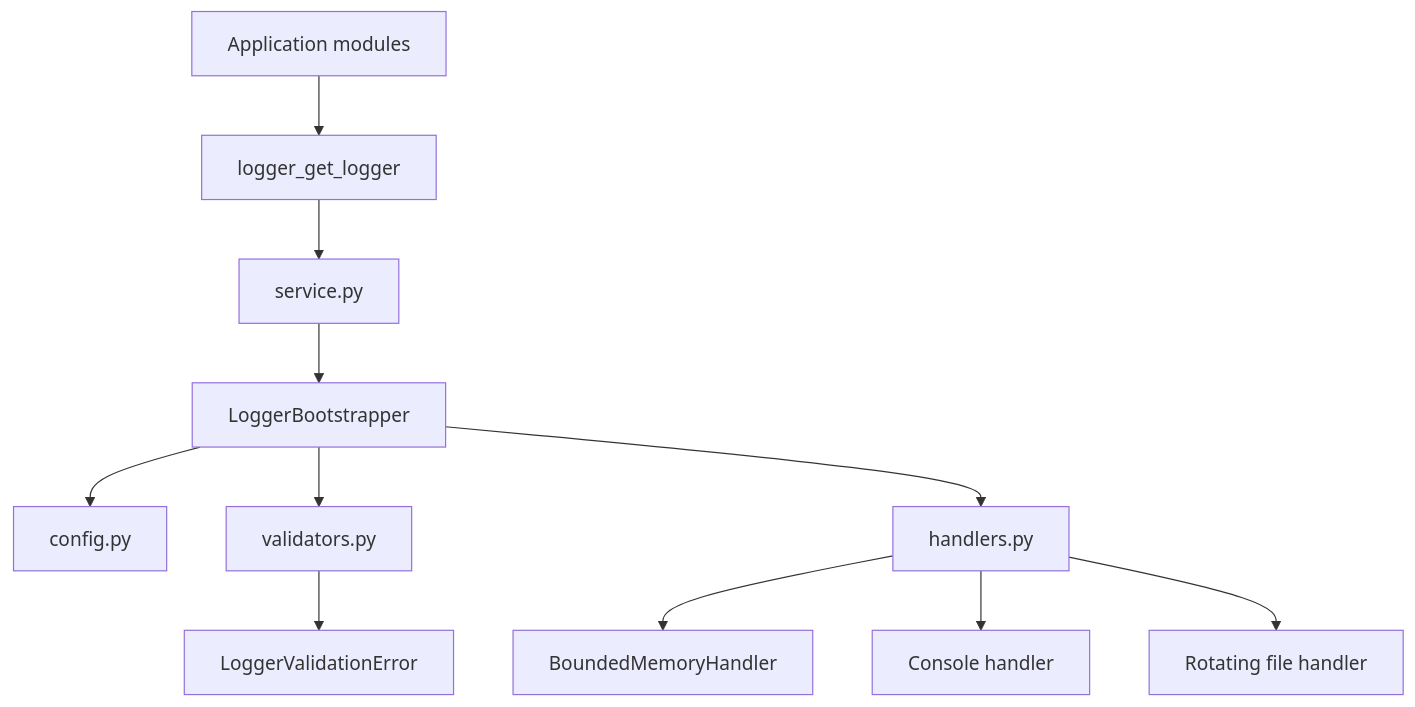
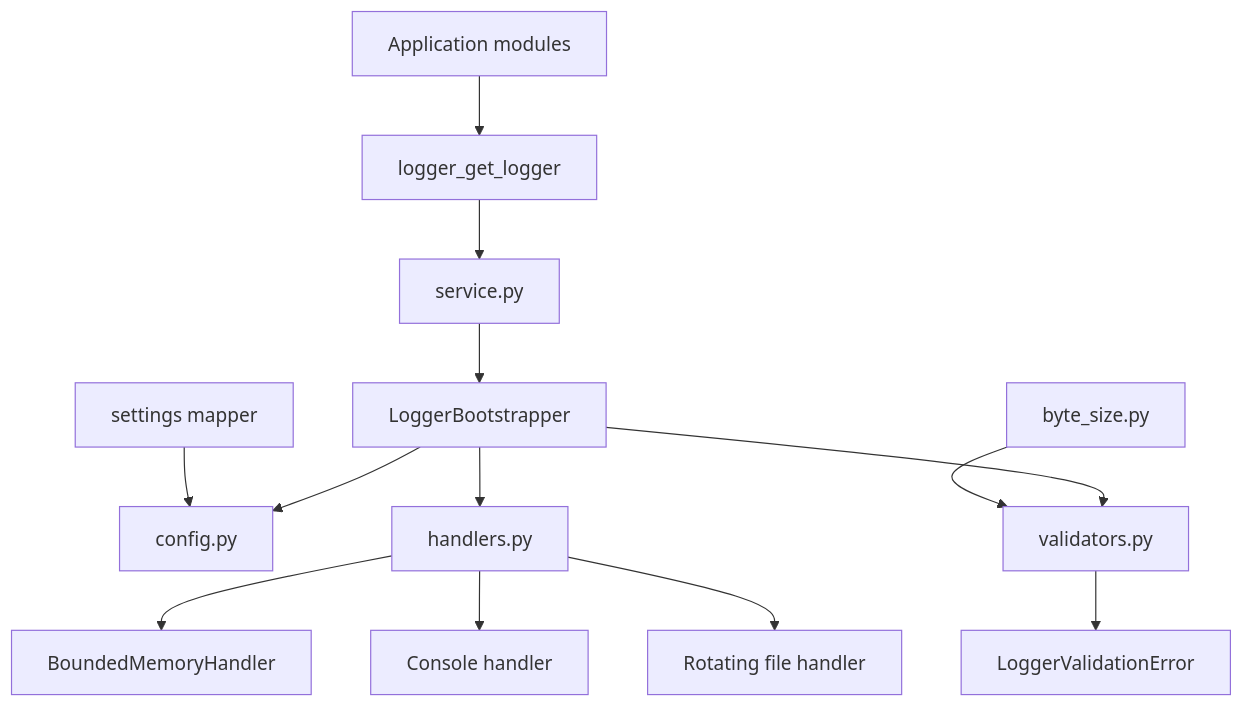
One commit to Fonze81/NiceGui-Windows-Base changed the first of 2 diagrams in docs/logging.md. Above: the diagram before and after it, drawn with Mermaid. The commit also changed other lines of this file and 15 other files, not shown here.

````diff
--- a/docs/logging.md
+++ b/docs/logging.md
@@ -63,13 +64,15 @@
 ```mermaid
 flowchart TD
     A[Application modules] --> B[logger_get_logger]
     B --> C[service.py]
     C --> D[LoggerBootstrapper]
     D --> E[config.py]
     D --> F[validators.py]
     D --> G[handlers.py]
     F --> H[LoggerValidationError]
     G --> I[BoundedMemoryHandler]
     G --> J[Console handler]
     G --> K[Rotating file handler]
+    L[settings mapper] --> E
+    M[byte_size.py] --> F
 ```
````
